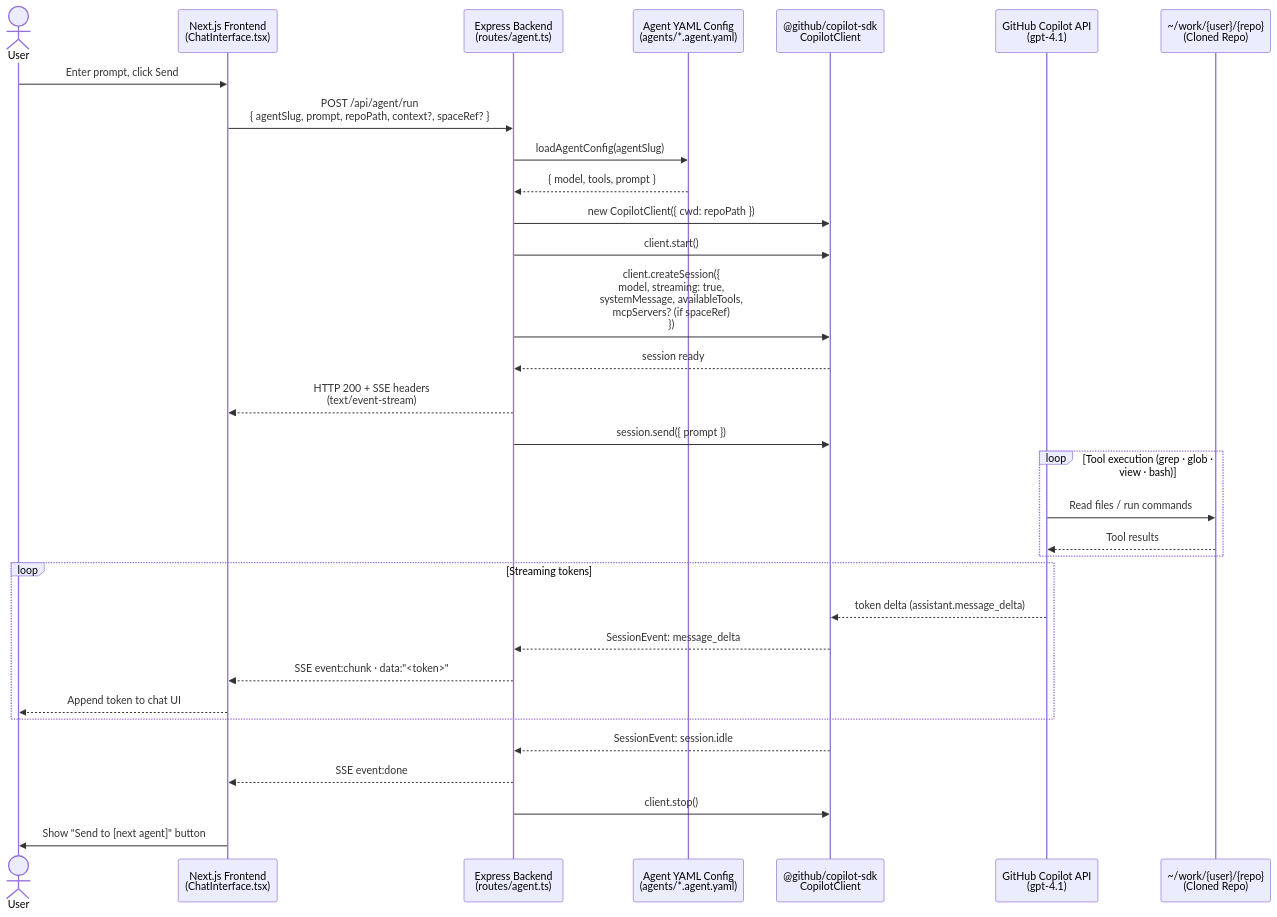
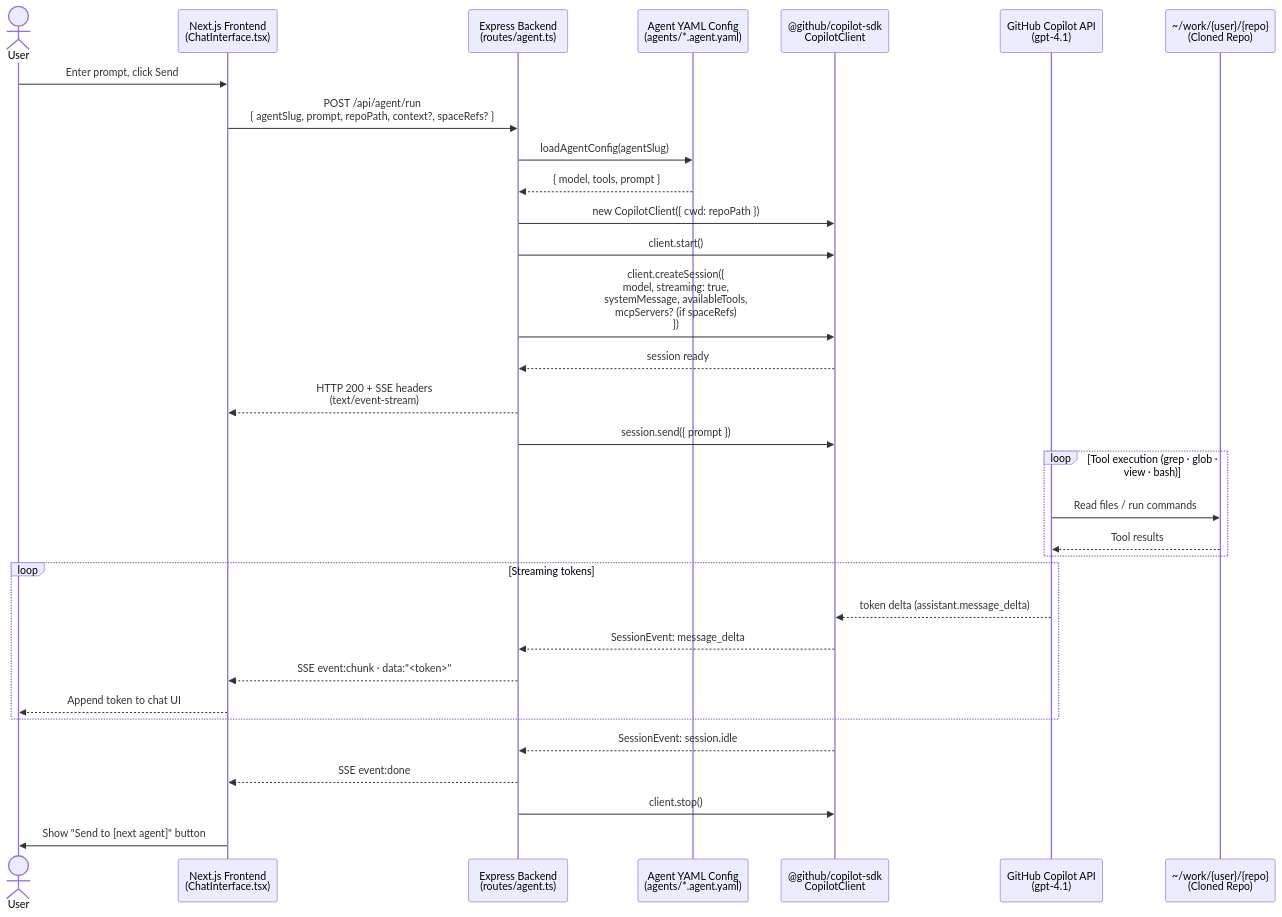
One commit to ricardocovo/agentic-web-spec changed the second of 3 diagrams in ARCHITECTURE.md. Above: the diagram before and after it, drawn with Mermaid. The commit also changed other lines of this file and 4 other files, not shown here.

````diff
--- a/ARCHITECTURE.md
+++ b/ARCHITECTURE.md
@@ -96,44 +96,44 @@
 ```mermaid
 sequenceDiagram
     actor User
     participant FE as Next.js Frontend<br/>(ChatInterface.tsx)
     participant BE as Express Backend<br/>(routes/agent.ts)
     participant YAML as Agent YAML Config<br/>(agents/*.agent.yaml)
     participant SDK as @github/copilot-sdk<br/>CopilotClient
     participant Copilot as GitHub Copilot API<br/>(gpt-4.1)
     participant Repo as ~/work/{user}/{repo}<br/>(Cloned Repo)
 
     User->>FE: Enter prompt, click Send
-    FE->>BE: POST /api/agent/run<br/>{ agentSlug, prompt, repoPath, context?, spaceRef? }
+    FE->>BE: POST /api/agent/run<br/>{ agentSlug, prompt, repoPath, context?, spaceRefs? }
 
     BE->>YAML: loadAgentConfig(agentSlug)
     YAML-->>BE: { model, tools, prompt }
 
     BE->>SDK: new CopilotClient({ cwd: repoPath })
     BE->>SDK: client.start()
 
-    BE->>SDK: client.createSession({<br/>  model, streaming: true,<br/>  systemMessage, availableTools,<br/>  mcpServers? (if spaceRef)<br/>})
+    BE->>SDK: client.createSession({<br/>  model, streaming: true,<br/>  systemMessage, availableTools,<br/>  mcpServers? (if spaceRefs)<br/>})
     SDK-->>BE: session ready
 
     BE-->>FE: HTTP 200 + SSE headers<br/>(text/event-stream)
 
     BE->>SDK: session.send({ prompt })
 
     loop Tool execution (grep · glob · view · bash)
         Copilot->>Repo: Read files / run commands
         Repo-->>Copilot: Tool results
     end
 
     loop Streaming tokens
         Copilot-->>SDK: token delta (assistant.message_delta)
         SDK-->>BE: SessionEvent: message_delta
         BE-->>FE: SSE event:chunk · data:"<token>"
         FE-->>User: Append token to chat UI
     end
 
     SDK-->>BE: SessionEvent: session.idle
     BE-->>FE: SSE event:done
     BE->>SDK: client.stop()
 
     FE->>User: Show "Send to [next agent]" button
 ```
````
